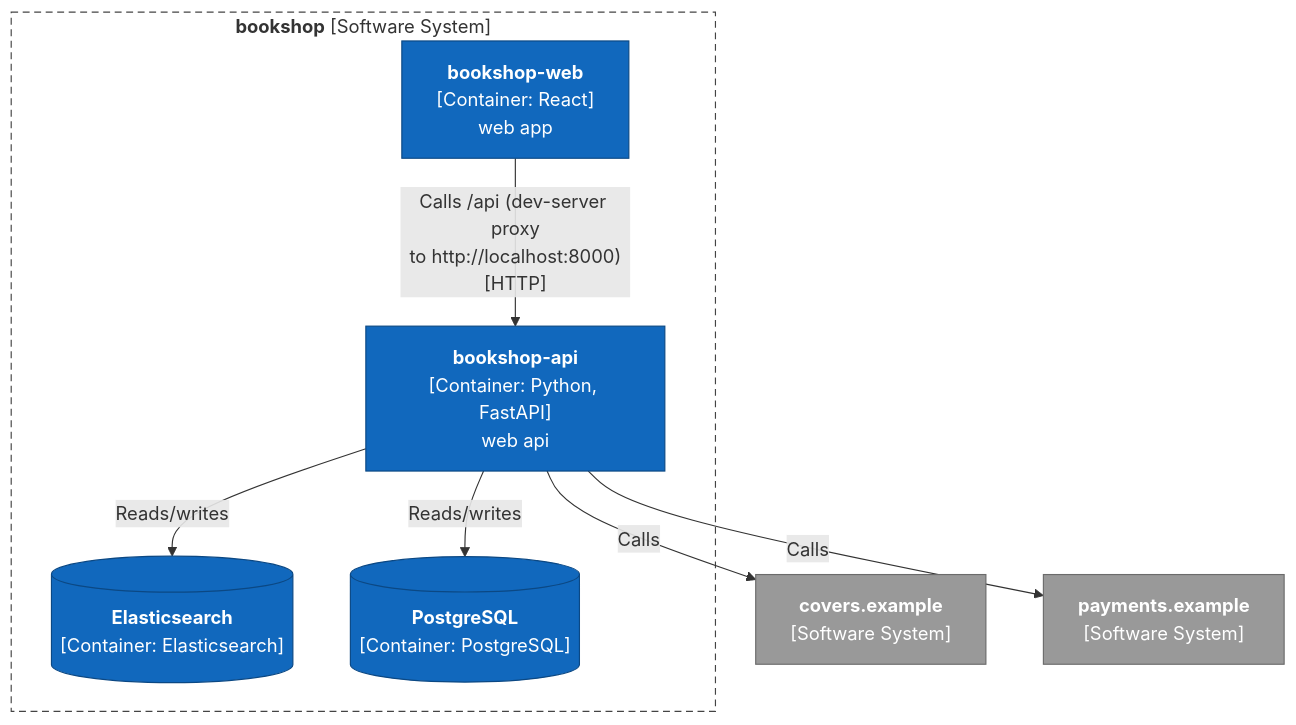
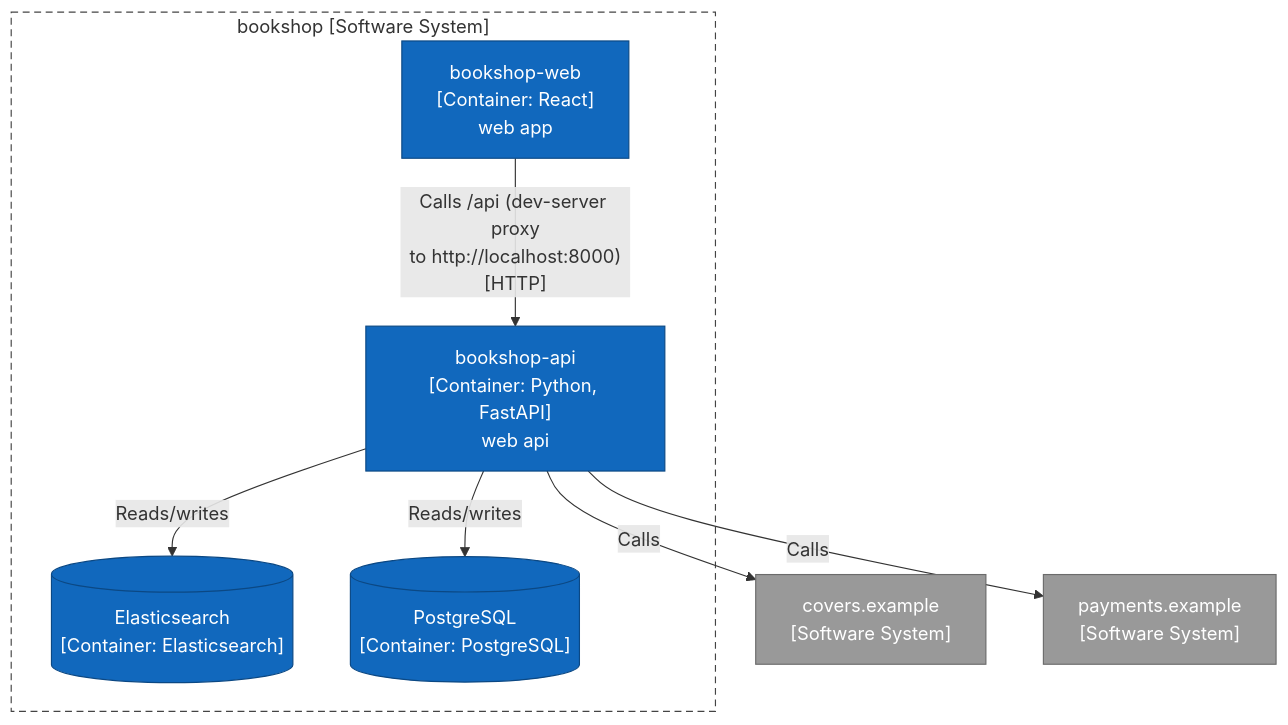
One commit to ythalorossy/architecture-skills changed the first of 5 diagrams in tests/golden/bookshop/output/ArchitectureReport.md. Above: the diagram before and after it, drawn with Mermaid. The commit also changed other lines of this file and 51 other files, not shown here.

First line of the commit message:
fix(render): plain diagram labels keep the characters in code names

````diff
--- a/tests/golden/bookshop/output/ArchitectureReport.md
+++ b/tests/golden/bookshop/output/ArchitectureReport.md
@@ -29,35 +29,25 @@
 ```mermaid
 flowchart TB
-    subgraph boundary["`**bookshop** [Software System]`"]
-        bookshop_api["`**bookshop-api**
-[Container: Python, FastAPI]
-web api`"]
-        bookshop_web["`**bookshop-web**
-[Container: React]
-web app`"]
-        db_elasticsearch[("`**Elasticsearch**
-[Container: Elasticsearch]`")]
-        db_postgresql[("`**PostgreSQL**
-[Container: PostgreSQL]`")]
+    subgraph boundary["bookshop [Software System]"]
+        bookshop_api["bookshop-api<br/>[Container: Python, FastAPI]<br/>web api"]
+        bookshop_web["bookshop-web<br/>[Container: React]<br/>web app"]
+        db_elasticsearch[("Elasticsearch<br/>[Container: Elasticsearch]")]
+        db_postgresql[("PostgreSQL<br/>[Container: PostgreSQL]")]
     end
-    ext_covers_example["`**covers.example**
-[Software System]`"]
-    ext_payments_example["`**payments.example**
-[Software System]`"]
-    bookshop_api -->|"`Reads/writes`"| db_postgresql
-    bookshop_web -->|"`Calls /api (dev-server proxy
-to http://localhost:8000)
-[HTTP]`"| bookshop_api
-    bookshop_api -->|"`Reads/writes`"| db_elasticsearch
-    bookshop_api -->|"`Calls`"| ext_covers_example
-    bookshop_api -->|"`Calls`"| ext_payments_example
+    ext_covers_example["covers.example<br/>[Software System]"]
+    ext_payments_example["payments.example<br/>[Software System]"]
+    bookshop_api -->|"Reads/writes"| db_postgresql
+    bookshop_web -->|"Calls /api (dev-server proxy<br/>to http://localhost:8000)<br/>[HTTP]"| bookshop_api
+    bookshop_api -->|"Reads/writes"| db_elasticsearch
+    bookshop_api -->|"Calls"| ext_covers_example
+    bookshop_api -->|"Calls"| ext_payments_example
     classDef person fill:#08427b,stroke:#052e56,color:#ffffff
     classDef container fill:#1168bd,stroke:#0b4884,color:#ffffff
     classDef system fill:#1168bd,stroke:#0b4884,color:#ffffff
     classDef component fill:#85bbf0,stroke:#5d82a8,color:#000000
     classDef external fill:#999999,stroke:#6b6b6b,color:#ffffff
     classDef shared fill:#dbe9f6,stroke:#5d82a8,color:#000000,stroke-dasharray:4 3
     class bookshop_api,bookshop_web,db_elasticsearch,db_postgresql container
     class ext_covers_example,ext_payments_example external
     style boundary fill:none,stroke:#444444,stroke-dasharray:6 4
 ```
````
